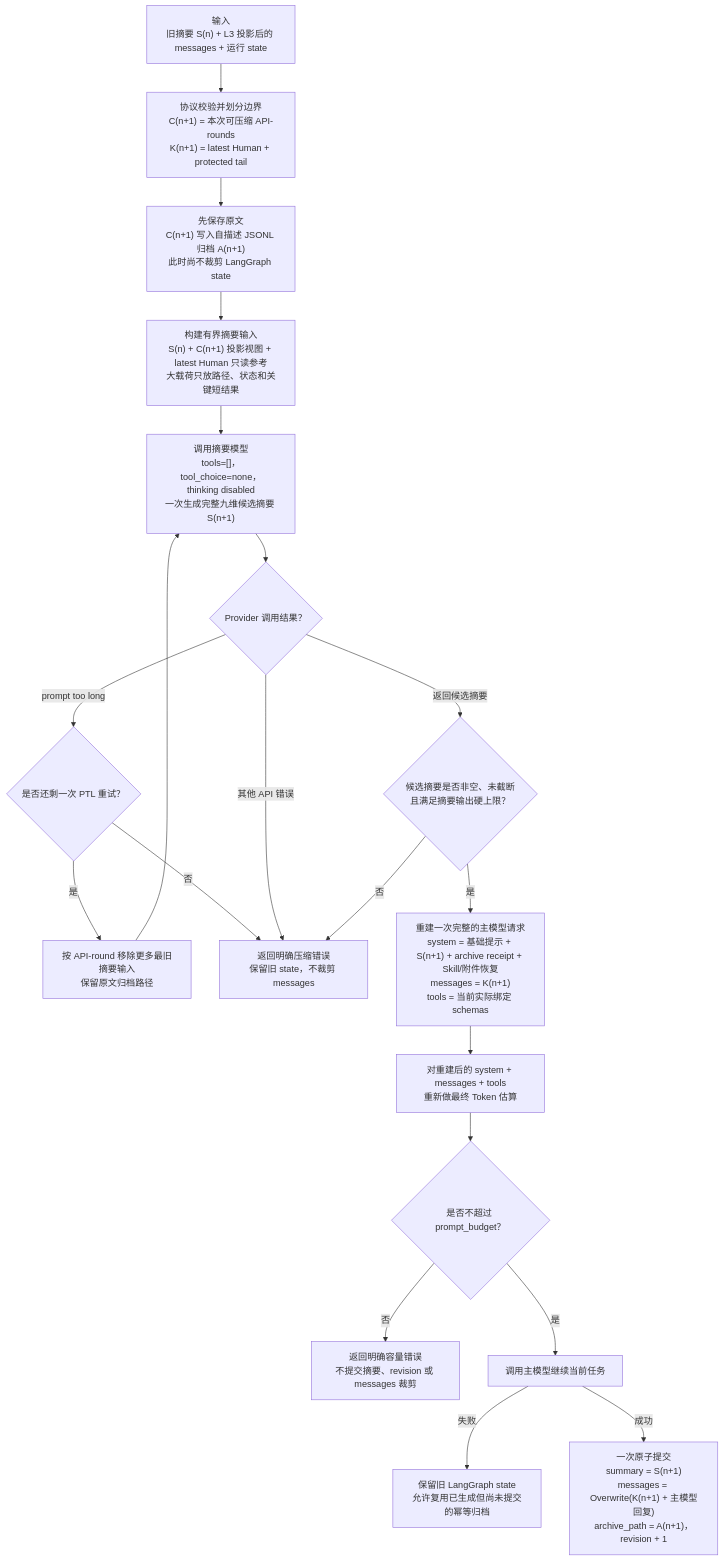
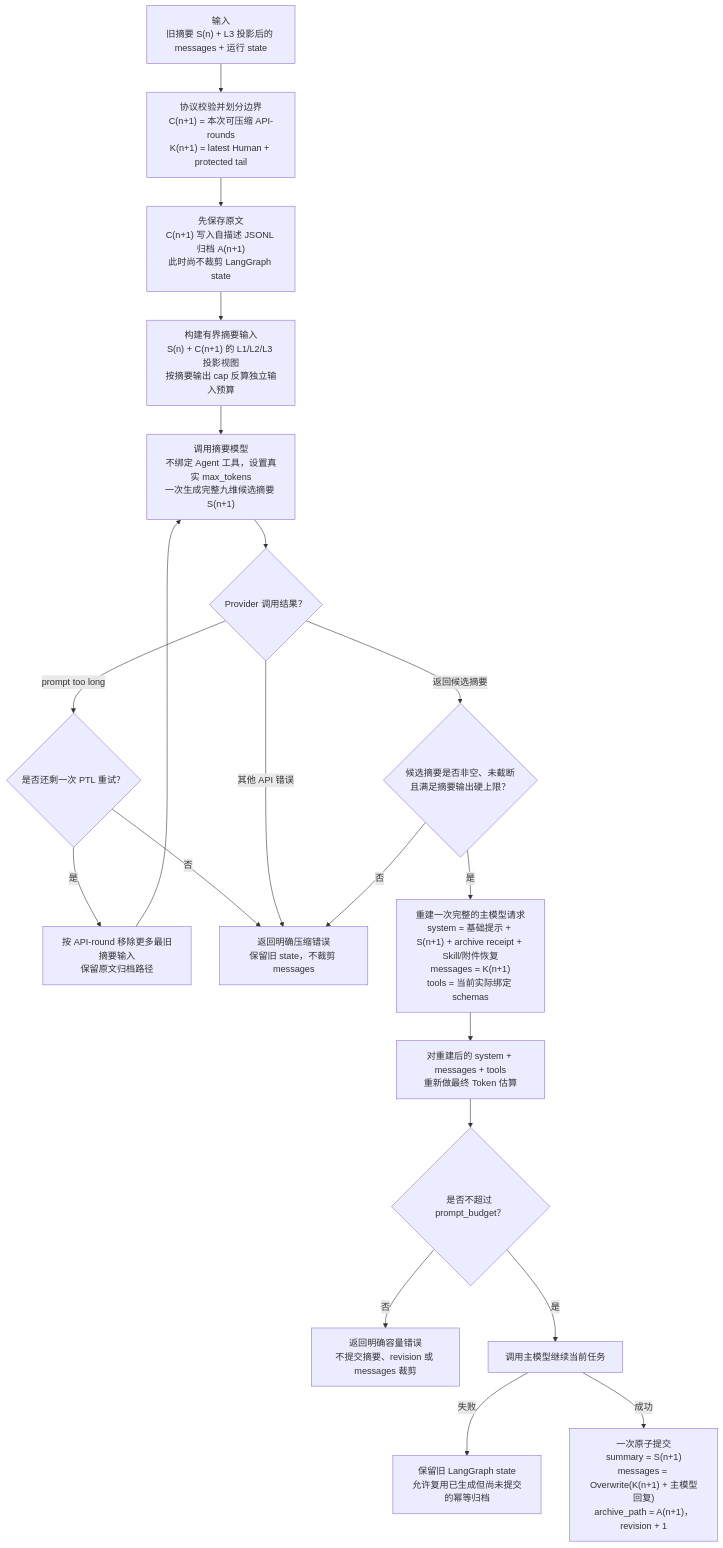
Before and after one commit to zwgy/DocMind: the fourth of 4 diagrams in docs/vibe/2026-07-31-多级上下文压缩实施方案.md, drawn with Mermaid. The commit also changed other lines of this file and 4 other files, not shown here.

````diff
--- a/docs/vibe/2026-07-31-多级上下文压缩实施方案.md
+++ b/docs/vibe/2026-07-31-多级上下文压缩实施方案.md
@@ -807,22 +814,22 @@
 ```mermaid
 flowchart TD
     A["输入<br/>旧摘要 S(n) + L3 投影后的 messages + 运行 state"] --> B["协议校验并划分边界<br/>C(n+1) = 本次可压缩 API-rounds<br/>K(n+1) = latest Human + protected tail"]
     B --> C["先保存原文<br/>C(n+1) 写入自描述 JSONL 归档 A(n+1)<br/>此时尚不裁剪 LangGraph state"]
-    C --> D["构建有界摘要输入<br/>S(n) + C(n+1) 投影视图 + latest Human 只读参考<br/>大载荷只放路径、状态和关键短结果"]
-    D --> E["调用摘要模型<br/>tools=[]，tool_choice=none，thinking disabled<br/>一次生成完整九维候选摘要 S(n+1)"]
+    C --> D["构建有界摘要输入<br/>S(n) + C(n+1) 的 L1/L2/L3 投影视图<br/>按摘要输出 cap 反算独立输入预算"]
+    D --> E["调用摘要模型<br/>不绑定 Agent 工具，设置真实 max_tokens<br/>一次生成完整九维候选摘要 S(n+1)"]
     E --> F{"Provider 调用结果？"}
     F -->|"prompt too long"| G{"是否还剩一次 PTL 重试？"}
     G -->|"是"| H["按 API-round 移除更多最旧摘要输入<br/>保留原文归档路径"]
     H --> E
     G -->|"否"| Q["返回明确压缩错误<br/>保留旧 state，不裁剪 messages"]
     F -->|"其他 API 错误"| Q
     F -->|"返回候选摘要"| R{"候选摘要是否非空、未截断<br/>且满足摘要输出硬上限？"}
     R -->|"否"| Q
     R -->|"是"| J["重建一次完整的主模型请求<br/>system = 基础提示 + S(n+1) + archive receipt + Skill/附件恢复<br/>messages = K(n+1)<br/>tools = 当前实际绑定 schemas"]
     J --> K["对重建后的 system + messages + tools<br/>重新做最终 Token 估算"]
     K --> L{"是否不超过 prompt_budget？"}
     L -->|"否"| M["返回明确容量错误<br/>不提交摘要、revision 或 messages 裁剪"]
     L -->|"是"| N["调用主模型继续当前任务"]
     N -->|"失败"| O["保留旧 LangGraph state<br/>允许复用已生成但尚未提交的幂等归档"]
     N -->|"成功"| P["一次原子提交<br/>summary = S(n+1)<br/>messages = Overwrite(K(n+1) + 主模型回复)<br/>archive_path = A(n+1)，revision + 1"]
 ```
````
